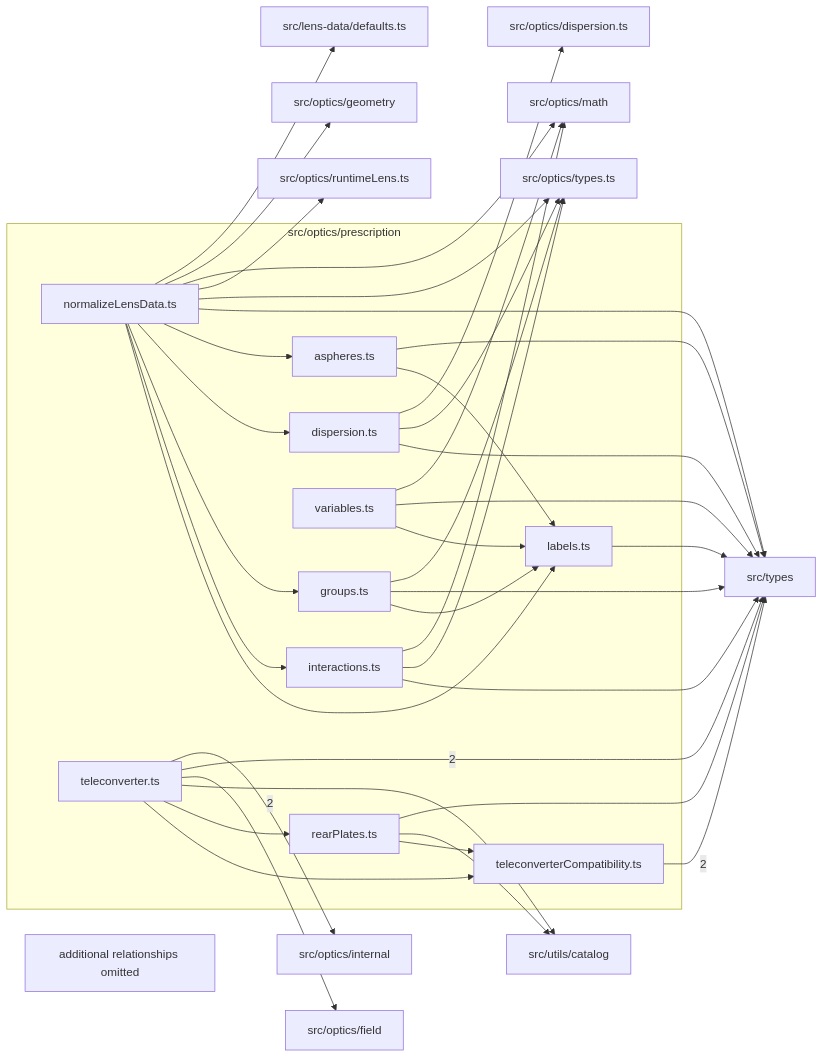
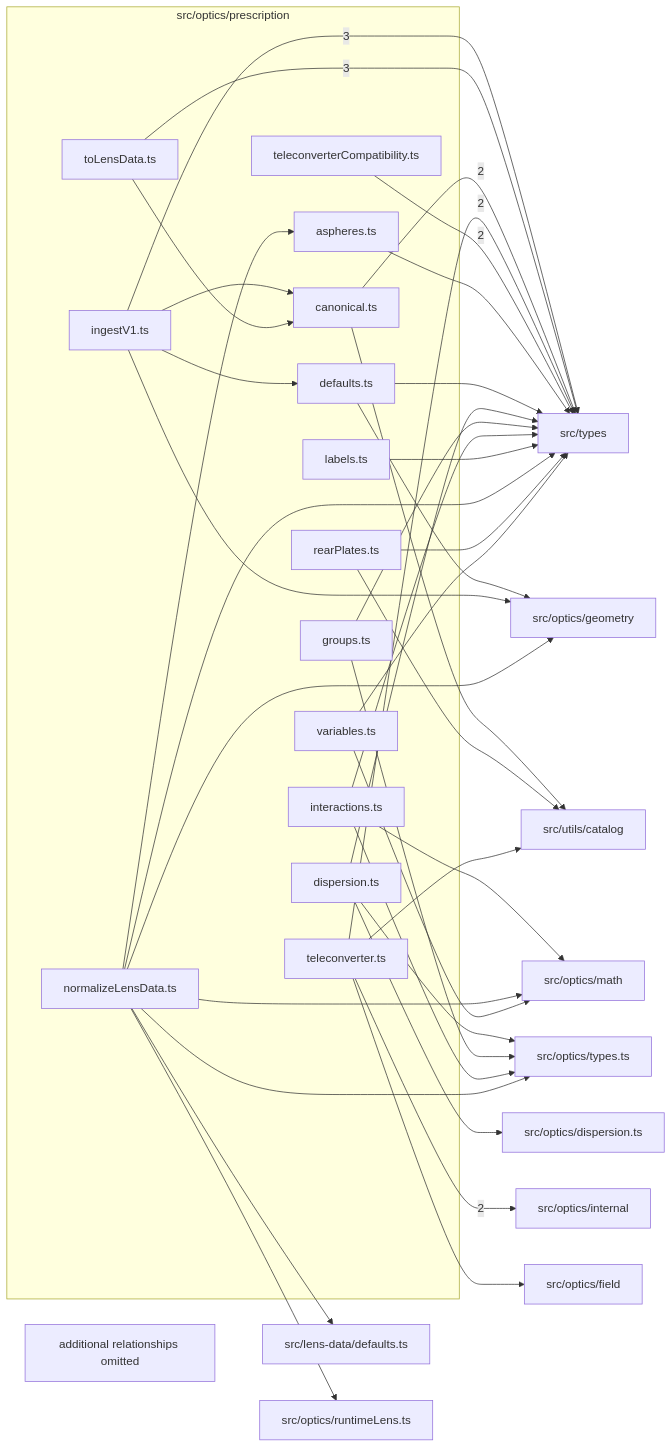
The diagram in src/optics/prescription/readme.md (BeamFour/LensVisualizer), drawn with Mermaid before and after one commit. The commit also changed other lines of this file and 23 other files, not shown here.

First line of the commit message:
S2.P1.T1 Canonical types, V1 ingest and V1 view (#784)

````diff
--- a/src/optics/prescription/readme.md
+++ b/src/optics/prescription/readme.md
@@ -9,62 +9,66 @@
 ```mermaid
 flowchart LR
   subgraph n_src_optics_prescription["src/optics/prescription"]
     n_src_optics_prescription_src_optics_prescription_aspheres_ts["aspheres.ts"]
+    n_src_optics_prescription_src_optics_prescription_canonical_ts["canonical.ts"]
+    n_src_optics_prescription_src_optics_prescription_defaults_ts["defaults.ts"]
     n_src_optics_prescription_src_optics_prescription_dispersion_ts["dispersion.ts"]
     n_src_optics_prescription_src_optics_prescription_groups_ts["groups.ts"]
+    n_src_optics_prescription_src_optics_prescription_ingestV1_ts["ingestV1.ts"]
     n_src_optics_prescription_src_optics_prescription_interactions_ts["interactions.ts"]
     n_src_optics_prescription_src_optics_prescription_labels_ts["labels.ts"]
     n_src_optics_prescription_src_optics_prescription_normalizeLensData_ts["normalizeLensData.ts"]
     n_src_optics_prescription_src_optics_prescription_rearPlates_ts["rearPlates.ts"]
     n_src_optics_prescription_src_optics_prescription_teleconverter_ts["teleconverter.ts"]
     n_src_optics_prescription_src_optics_prescription_teleconverterCompatibility_ts["teleconverterCompatibility.ts"]
+    n_src_optics_prescription_src_optics_prescription_toLensData_ts["toLensData.ts"]
     n_src_optics_prescription_src_optics_prescription_variables_ts["variables.ts"]
   end
+  n_external_src_types["src/types"]
   n_external_src_optics_internal["src/optics/internal"]
-  n_external_src_types["src/types"]
   n_external_src_lens_data_defaults_ts["src/lens-data/defaults.ts"]
   n_external_src_optics_dispersion_ts["src/optics/dispersion.ts"]
   n_external_src_optics_field["src/optics/field"]
   n_external_src_optics_geometry["src/optics/geometry"]
   n_external_src_optics_math["src/optics/math"]
   n_external_src_optics_runtimeLens_ts["src/optics/runtimeLens.ts"]
   n_external_src_optics_types_ts["src/optics/types.ts"]
   n_external_src_utils_catalog["src/utils/catalog"]
+  n_src_optics_prescription_src_optics_prescription_ingestV1_ts --> |3| n_external_src_types
+  n_src_optics_prescription_src_optics_prescription_toLensData_ts --> |3| n_external_src_types
   n_src_optics_prescription_src_optics_prescription_teleconverter_ts --> |2| n_external_src_optics_internal
+  n_src_optics_prescription_src_optics_prescription_canonical_ts --> |2| n_external_src_types
   n_src_optics_prescription_src_optics_prescription_teleconverter_ts --> |2| n_external_src_types
   n_src_optics_prescription_src_optics_prescription_teleconverterCompatibility_ts --> |2| n_external_src_types
   n_src_optics_prescription_src_optics_prescription_normalizeLensData_ts --> n_external_src_lens_data_defaults_ts
   n_src_optics_prescription_src_optics_prescription_dispersion_ts --> n_external_src_optics_dispersion_ts
   n_src_optics_prescription_src_optics_prescription_teleconverter_ts --> n_external_src_optics_field
+  n_src_optics_prescription_src_optics_prescription_defaults_ts --> n_external_src_optics_geometry
+  n_src_optics_prescription_src_optics_prescription_ingestV1_ts --> n_external_src_optics_geometry
   n_src_optics_prescription_src_optics_prescription_normalizeLensData_ts --> n_external_src_optics_geometry
   n_src_optics_prescription_src_optics_prescription_interactions_ts --> n_external_src_optics_math
   n_src_optics_prescription_src_optics_prescription_normalizeLensData_ts --> n_external_src_optics_math
   n_src_optics_prescription_src_optics_prescription_variables_ts --> n_external_src_optics_math
   n_src_optics_prescription_src_optics_prescription_normalizeLensData_ts --> n_external_src_optics_runtimeLens_ts
   n_src_optics_prescription_src_optics_prescription_dispersion_ts --> n_external_src_optics_types_ts
   n_src_optics_prescription_src_optics_prescription_groups_ts --> n_external_src_optics_types_ts
   n_src_optics_prescription_src_optics_prescription_interactions_ts --> n_external_src_optics_types_ts
   n_src_optics_prescription_src_optics_prescription_normalizeLensData_ts --> n_external_src_optics_types_ts
   n_src_optics_prescription_src_optics_prescription_aspheres_ts --> n_external_src_types
+  n_src_optics_prescription_src_optics_prescription_defaults_ts --> n_external_src_types
   n_src_optics_prescription_src_optics_prescription_dispersion_ts --> n_external_src_types
   n_src_optics_prescription_src_optics_prescription_groups_ts --> n_external_src_types
   n_src_optics_prescription_src_optics_prescription_interactions_ts --> n_external_src_types
   n_src_optics_prescription_src_optics_prescription_labels_ts --> n_external_src_types
   n_src_optics_prescription_src_optics_prescription_normalizeLensData_ts --> n_external_src_types
   n_src_optics_prescription_src_optics_prescription_rearPlates_ts --> n_external_src_types
   n_src_optics_prescription_src_optics_prescription_variables_ts --> n_external_src_types
+  n_src_optics_prescription_src_optics_prescription_canonical_ts --> n_external_src_utils_catalog
   n_src_optics_prescription_src_optics_prescription_rearPlates_ts --> n_external_src_utils_catalog
   n_src_optics_prescription_src_optics_prescription_teleconverter_ts --> n_external_src_utils_catalog
   n_src_optics_prescription_src_optics_prescription_normalizeLensData_ts --> n_src_optics_prescription_src_optics_prescription_aspheres_ts
-  n_src_optics_prescription_src_optics_prescription_normalizeLensData_ts --> n_src_optics_prescription_src_optics_prescription_dispersion_ts
-  n_src_optics_prescription_src_optics_prescription_normalizeLensData_ts --> n_src_optics_prescription_src_optics_prescription_groups_ts
-  n_src_optics_prescription_src_optics_prescription_normalizeLensData_ts --> n_src_optics_prescription_src_optics_prescription_interactions_ts
-  n_src_optics_prescription_src_optics_prescription_aspheres_ts --> n_src_optics_prescription_src_optics_prescription_labels_ts
-  n_src_optics_prescription_src_optics_prescription_groups_ts --> n_src_optics_prescription_src_optics_prescription_labels_ts
-  n_src_optics_prescription_src_optics_prescription_normalizeLensData_ts --> n_src_optics_prescription_src_optics_prescription_labels_ts
-  n_src_optics_prescription_src_optics_prescription_variables_ts --> n_src_optics_prescription_src_optics_prescription_labels_ts
-  n_src_optics_prescription_src_optics_prescription_teleconverter_ts --> n_src_optics_prescription_src_optics_prescription_rearPlates_ts
-  n_src_optics_prescription_src_optics_prescription_rearPlates_ts --> n_src_optics_prescription_src_optics_prescription_teleconverterCompatibility_ts
-  n_src_optics_prescription_src_optics_prescription_teleconverter_ts --> n_src_optics_prescription_src_optics_prescription_teleconverterCompatibility_ts
+  n_src_optics_prescription_src_optics_prescription_ingestV1_ts --> n_src_optics_prescription_src_optics_prescription_canonical_ts
+  n_src_optics_prescription_src_optics_prescription_toLensData_ts --> n_src_optics_prescription_src_optics_prescription_canonical_ts
+  n_src_optics_prescription_src_optics_prescription_ingestV1_ts --> n_src_optics_prescription_src_optics_prescription_defaults_ts
   n_src_optics_prescription_truncated["additional relationships omitted"]
 ```
````
